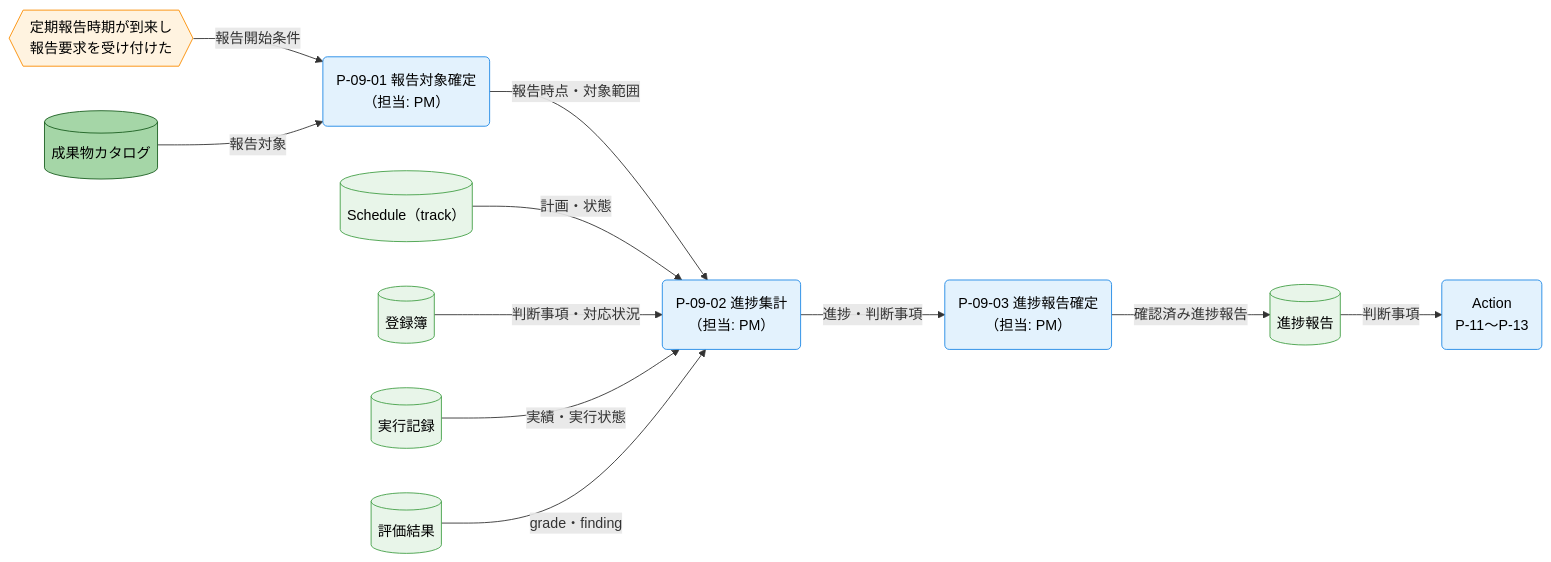
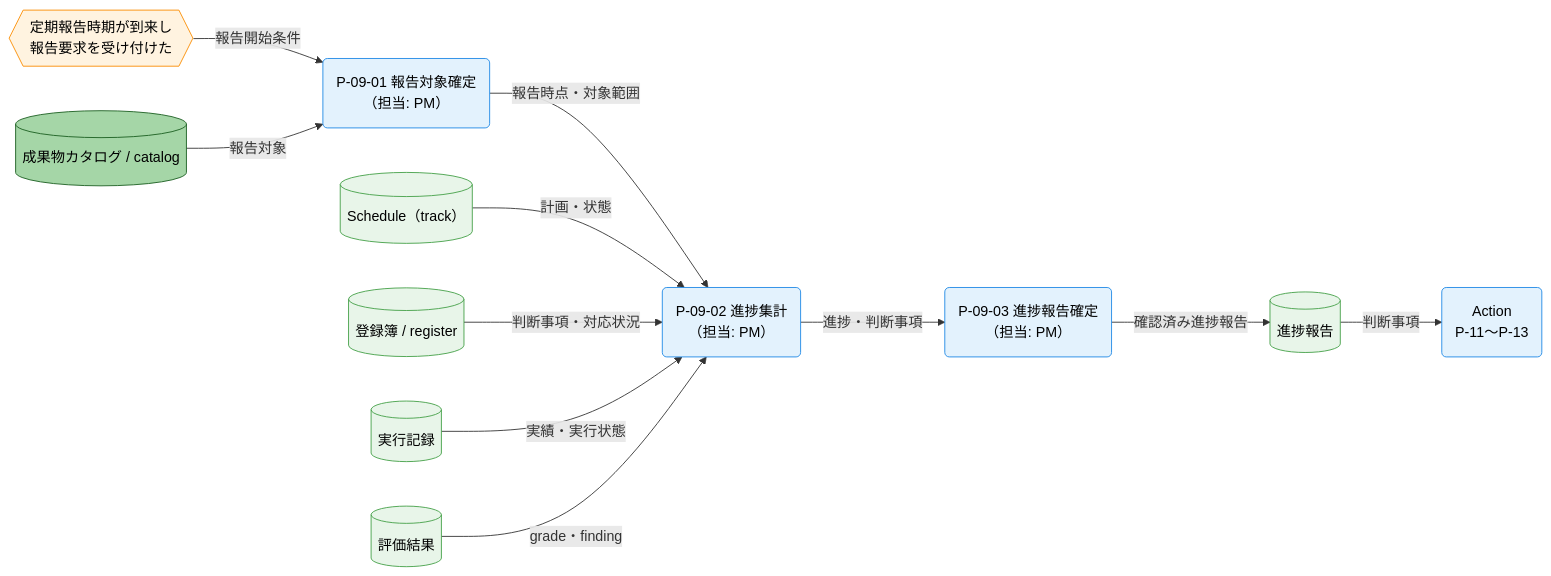
One commit to specdojo/specdojo changed the second of 3 diagrams in docs/ja/product/010-business-specs/010-data-flow/cdfd-check.md. Above: the diagram before and after it, drawn with Mermaid. The commit also changed other lines of this file and 14 other files, not shown here.

````diff
--- a/docs/ja/product/010-business-specs/010-data-flow/cdfd-check.md
+++ b/docs/ja/product/010-business-specs/010-data-flow/cdfd-check.md
@@ -205,35 +205,35 @@
 ```mermaid
 flowchart LR
   classDef process fill:#e3f2fd,stroke:#1e88e5,color:#000
   classDef event fill:#fff3e0,stroke:#fb8c00,color:#000
   classDef storeMaster fill:#a5d6a7,stroke:#1b5e20,color:#000
   classDef storeTransaction fill:#e8f5e9,stroke:#43a047,color:#000
 
   報告要求{{"定期報告時期が到来し<br>報告要求を受け付けた"}}
   報告対象確定("P-09-01 報告対象確定<br>（担当: PM）")
   進捗集計("P-09-02 進捗集計<br>（担当: PM）")
   進捗報告確定("P-09-03 進捗報告確定<br>（担当: PM）")
-  成果物カタログ[("成果物カタログ")]
+  成果物カタログ[("成果物カタログ / catalog")]
   Schedule[("Schedule（track）")]
-  登録簿[("登録簿")]
+  登録簿[("登録簿 / register")]
   実行記録[("実行記録")]
   評価結果[("評価結果")]
   進捗報告[("進捗報告")]
   Action("Action<br>P-11〜P-13")
 
   報告要求 -->|"報告開始条件"| 報告対象確定
   成果物カタログ -->|"報告対象"| 報告対象確定
   報告対象確定 -->|"報告時点・対象範囲"| 進捗集計
   Schedule -->|"計画・状態"| 進捗集計
   登録簿 -->|"判断事項・対応状況"| 進捗集計
   実行記録 -->|"実績・実行状態"| 進捗集計
   評価結果 -->|"grade・finding"| 進捗集計
   進捗集計 -->|"進捗・判断事項"| 進捗報告確定
   進捗報告確定 -->|"確認済み進捗報告"| 進捗報告
   進捗報告 -->|"判断事項"| Action
 
   class 報告対象確定,進捗集計,進捗報告確定,Action process
   class 報告要求 event
   class 成果物カタログ storeMaster
   class Schedule,登録簿,実行記録,評価結果,進捗報告 storeTransaction
 ```
````
